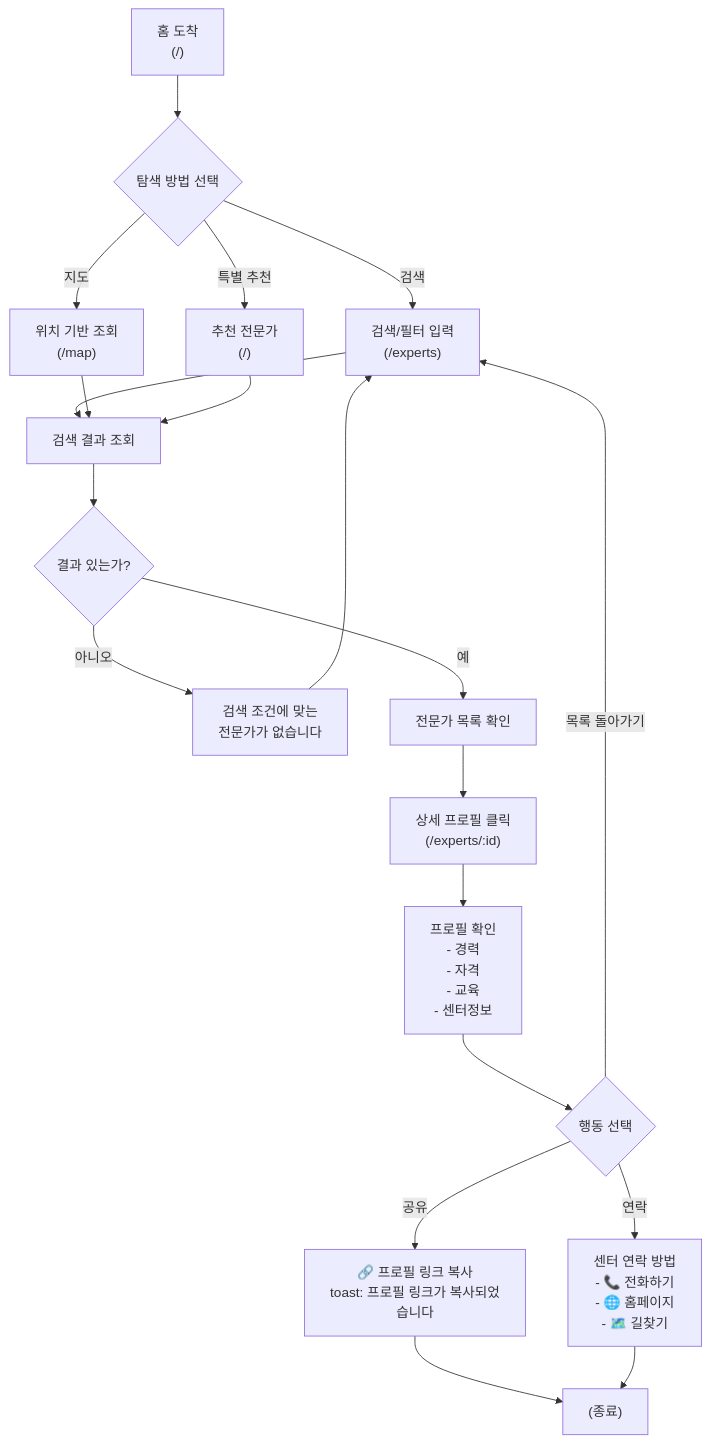
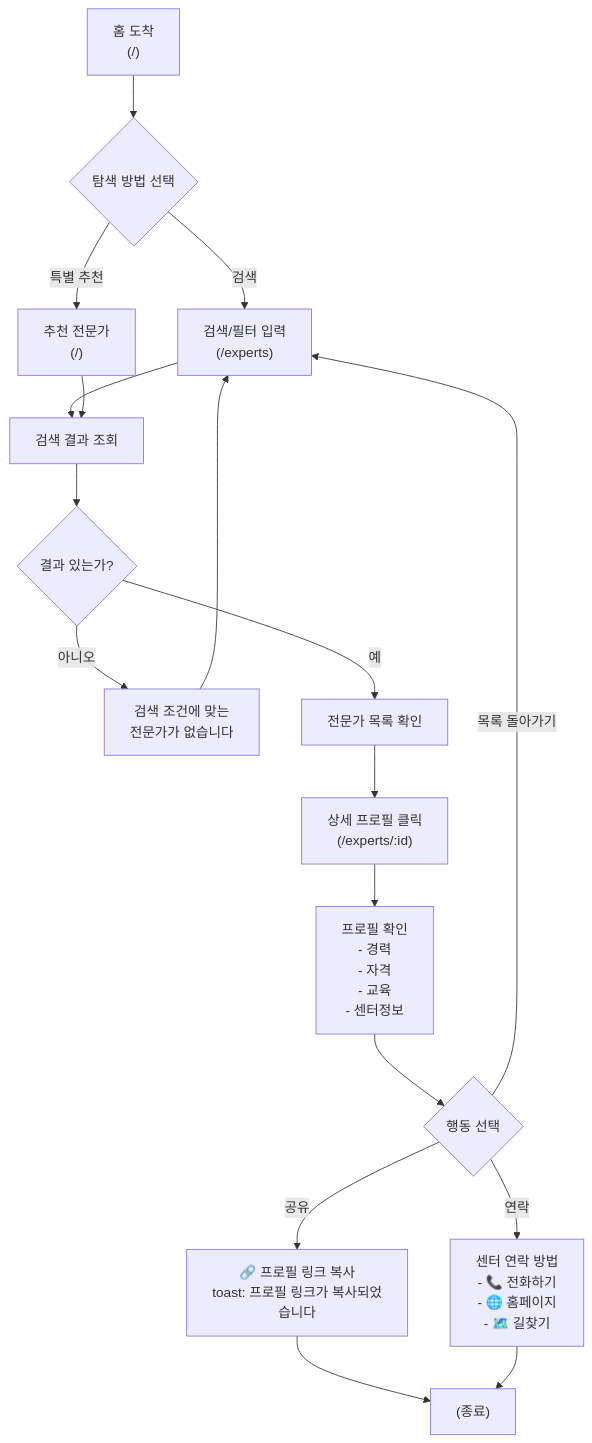
The first of 3 diagrams in docs/13_UX_FLOW.md (Joonssseok/pt-career-web), drawn with Mermaid before and after one commit. The commit also changed other lines of this file and 8 other files, not shown here.

````diff
--- a/docs/13_UX_FLOW.md
+++ b/docs/13_UX_FLOW.md
@@ -135,28 +132,26 @@
 ```mermaid
 flowchart TD
     A["홈 도착<br/>(/)"] --> B{탐색 방법 선택}
     B -->|검색| C["검색/필터 입력<br/>(/experts)"]
-    B -->|지도| D["위치 기반 조회<br/>(/map)"]
     B -->|특별 추천| E["추천 전문가<br/>(/)"]
     
     C --> F["검색 결과 조회"]
-    D --> F
     E --> F
     
     F --> G{"결과 있는가?"}
     G -->|아니오| H["검색 조건에 맞는<br/>전문가가 없습니다"]
     H --> C
     
     G -->|예| I["전문가 목록 확인"]
     I --> J["상세 프로필 클릭<br/>(/experts/:id)"]
     
     J --> K["프로필 확인<br/>- 경력<br/>- 자격<br/>- 교육<br/>- 센터정보"]
     
     K --> L{행동 선택}
     L -->|공유| M["🔗 프로필 링크 복사<br/>toast: 프로필 링크가 복사되었습니다"]
     L -->|연락| N["센터 연락 방법<br/>- 📞 전화하기<br/>- 🌐 홈페이지<br/>- 🗺️ 길찾기"]
     L -->|목록 돌아가기| C
     
     M --> O["(종료)"]
     N --> O
 ```
````
